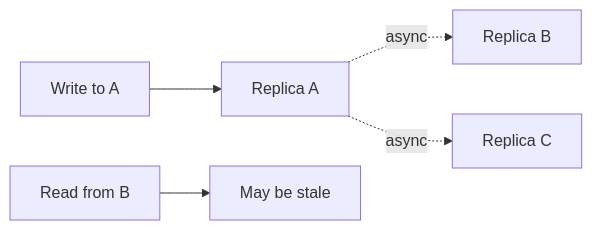
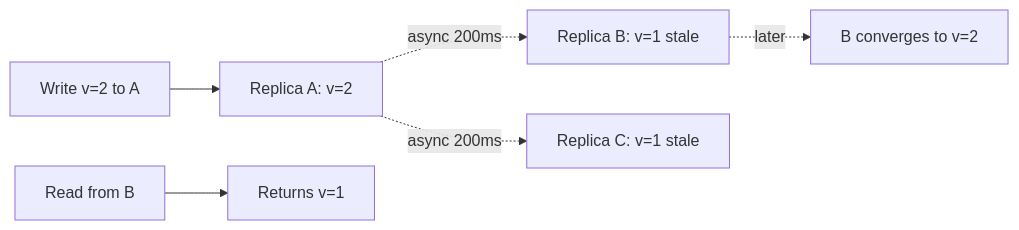
Before and after one commit to hareramcse/SystemDesign: diagram 19 of 27 in 04-distributed-system/README.md, drawn with Mermaid. The commit also changed other lines of this file and 14 other files, not shown here.

````diff
--- a/04-distributed-system/README.md
+++ b/04-distributed-system/README.md
@@ -947,7 +1379,8 @@
 ```mermaid
 flowchart LR
-    W[Write to A] --> A[Replica A]
-    A -.->|async| B[Replica B]
-    A -.->|async| C[Replica C]
-    R[Read from B] --> Stale[May be stale]
+    W[Write v=2 to A] --> A[Replica A: v=2]
+    A -.->|async 200ms| B[Replica B: v=1 stale]
+    A -.->|async 200ms| C[Replica C: v=1 stale]
+    R[Read from B] --> Stale[Returns v=1]
+    B -.->|later| Sync[B converges to v=2]
 ```
````
